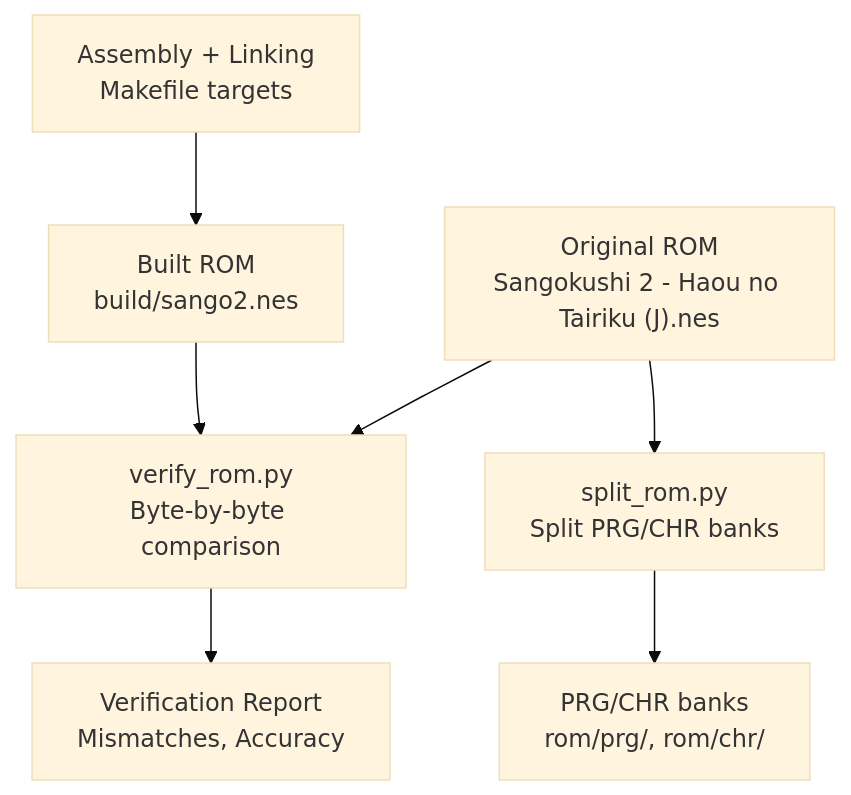
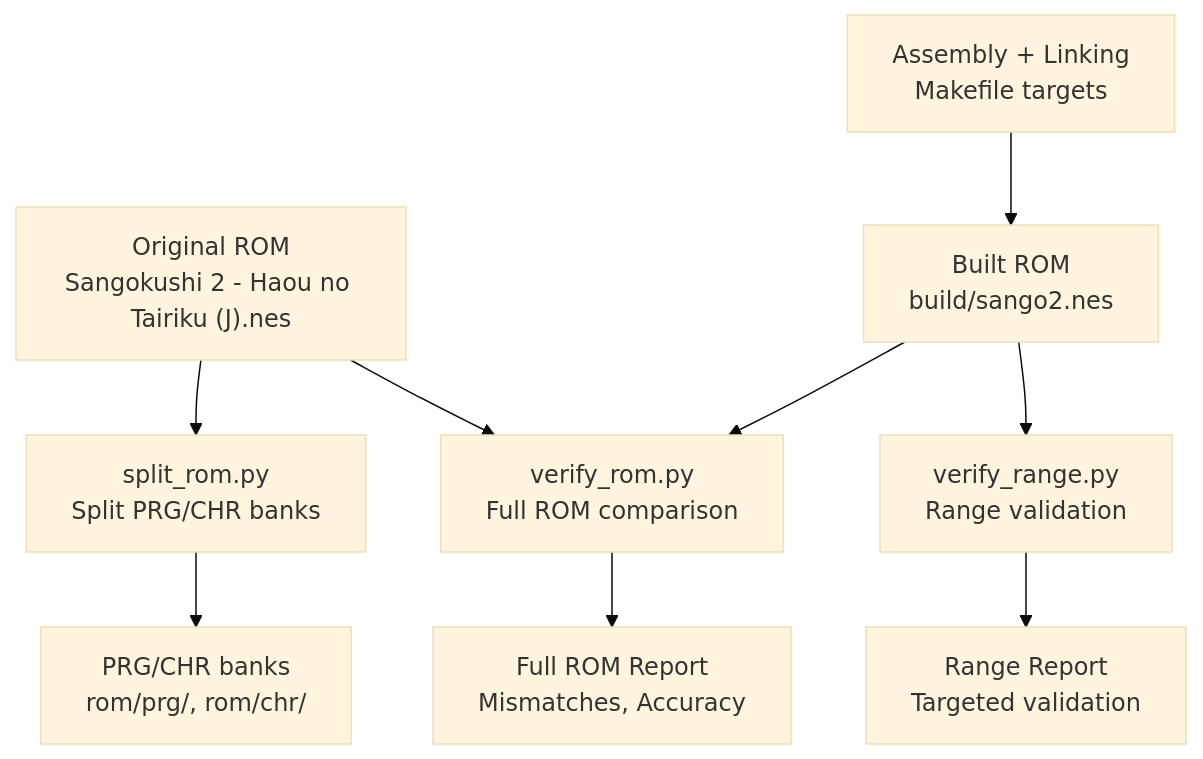
The first of 6 diagrams in .qoder/repowiki/en/content/Build System and Tools/ROM Verification and Validation.md (rabbyzero/sango2dasm), drawn with Mermaid (base theme) before and after one commit. The commit also changed other lines of this file and 15 other files, not shown here.

````diff
--- a/.qoder/repowiki/en/content/Build System and Tools/ROM Verification and Validation.md
+++ b/.qoder/repowiki/en/content/Build System and Tools/ROM Verification and Validation.md
@@ -41,9 +53,11 @@
 ```mermaid
 graph TB
 A["Original ROM<br/>Sangokushi 2 - Haou no Tairiku (J).nes"] --> B["split_rom.py<br/>Split PRG/CHR banks"]
 B --> C["PRG/CHR banks<br/>rom/prg/, rom/chr/"]
 D["Assembly + Linking<br/>Makefile targets"] --> E["Built ROM<br/>build/sango2.nes"]
-F["verify_rom.py<br/>Byte-by-byte comparison"] --> G["Verification Report<br/>Mismatches, Accuracy"]
+F["verify_rom.py<br/>Full ROM comparison"] --> G["Full ROM Report<br/>Mismatches, Accuracy"]
+H["verify_range.py<br/>Range validation"] --> I["Range Report<br/>Targeted validation"]
 E --> F
 A --> F
+E --> H
 ```
````
